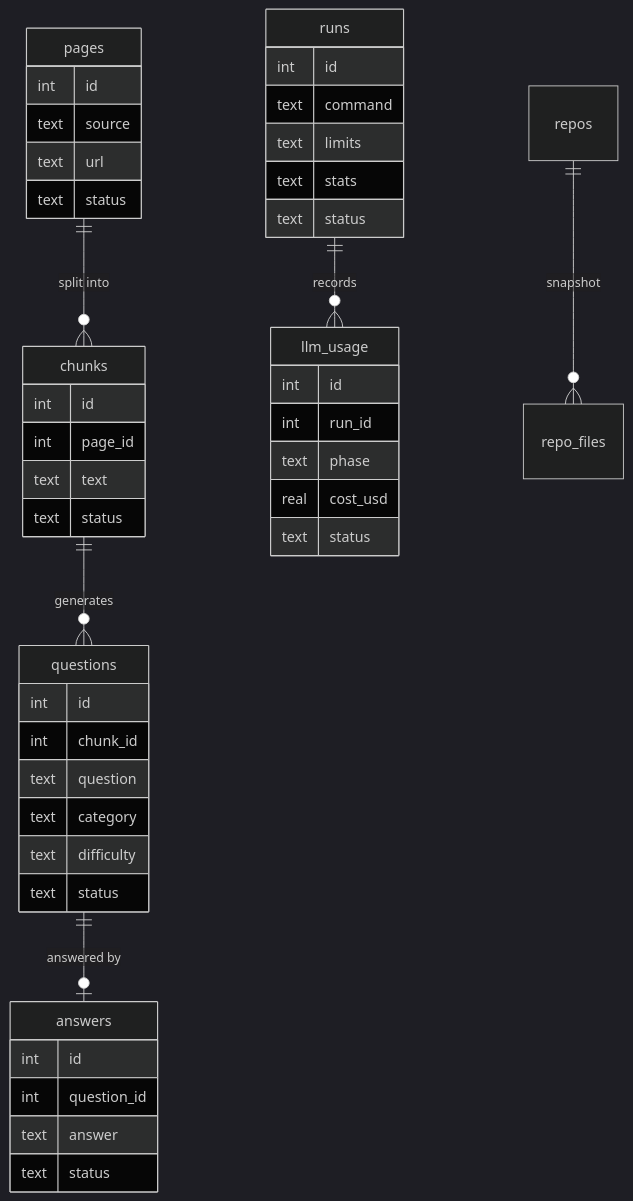
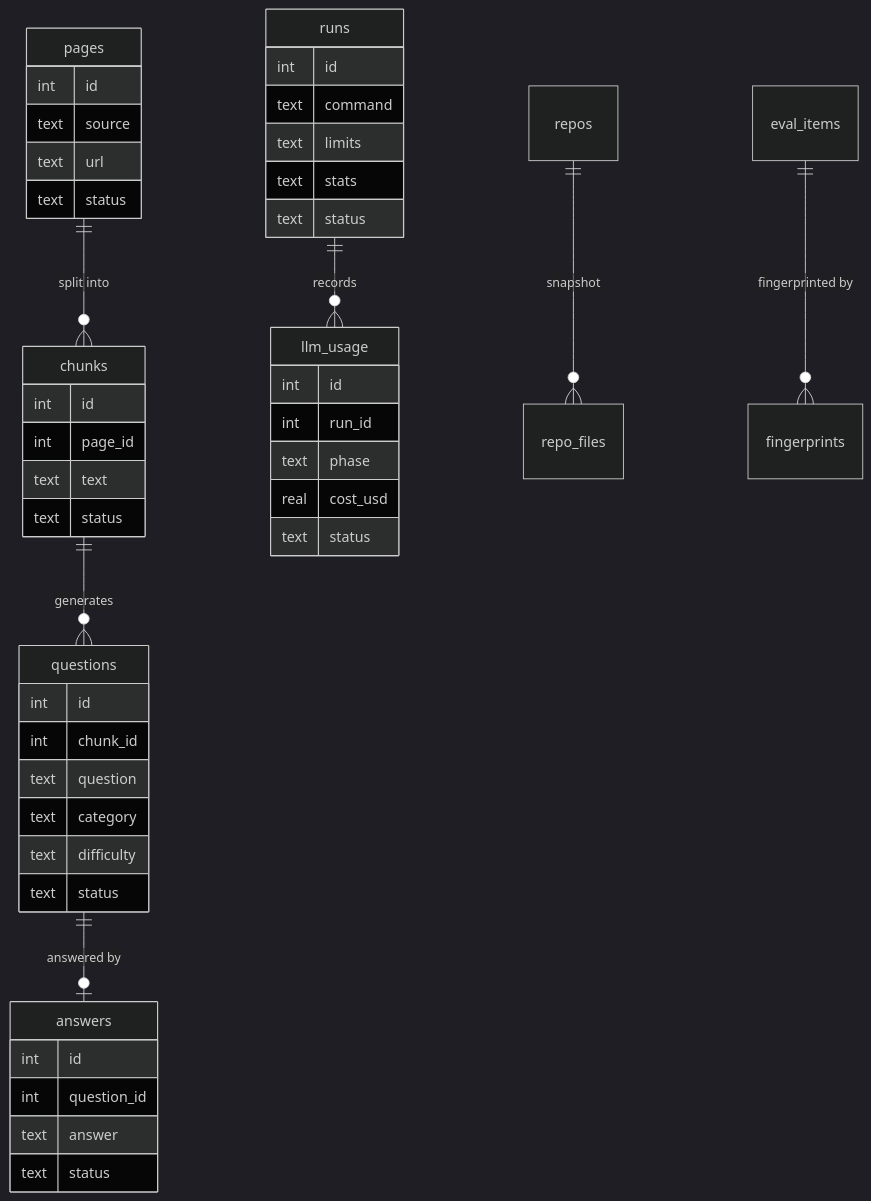
The diagram in docs/schemas.md (sajith-jeewantha/ballerina-sft-dataset-pipeline), drawn with Mermaid (dark theme) before and after one commit. The commit also changed other lines of this file and 21 other files, not shown here.

````diff
--- a/docs/schemas.md
+++ b/docs/schemas.md
@@ -7,48 +7,49 @@
 ```mermaid
 erDiagram
     pages ||--o{ chunks : "split into"
     chunks ||--o{ questions : "generates"
     questions ||--o| answers : "answered by"
     runs ||--o{ llm_usage : "records"
     repos ||--o{ repo_files : "snapshot"
+    eval_items ||--o{ fingerprints : "fingerprinted by"
     pages {
         int id
         text source
         text url
         text status
     }
     chunks {
         int id
         int page_id
         text text
         text status
     }
     questions {
         int id
         int chunk_id
         text question
         text category
         text difficulty
         text status
     }
     answers {
         int id
         int question_id
         text answer
         text status
     }
     runs {
         int id
         text command
         text limits
         text stats
         text status
     }
     llm_usage {
         int id
         int run_id
         text phase
         real cost_usd
         text status
     }
 ```
````
